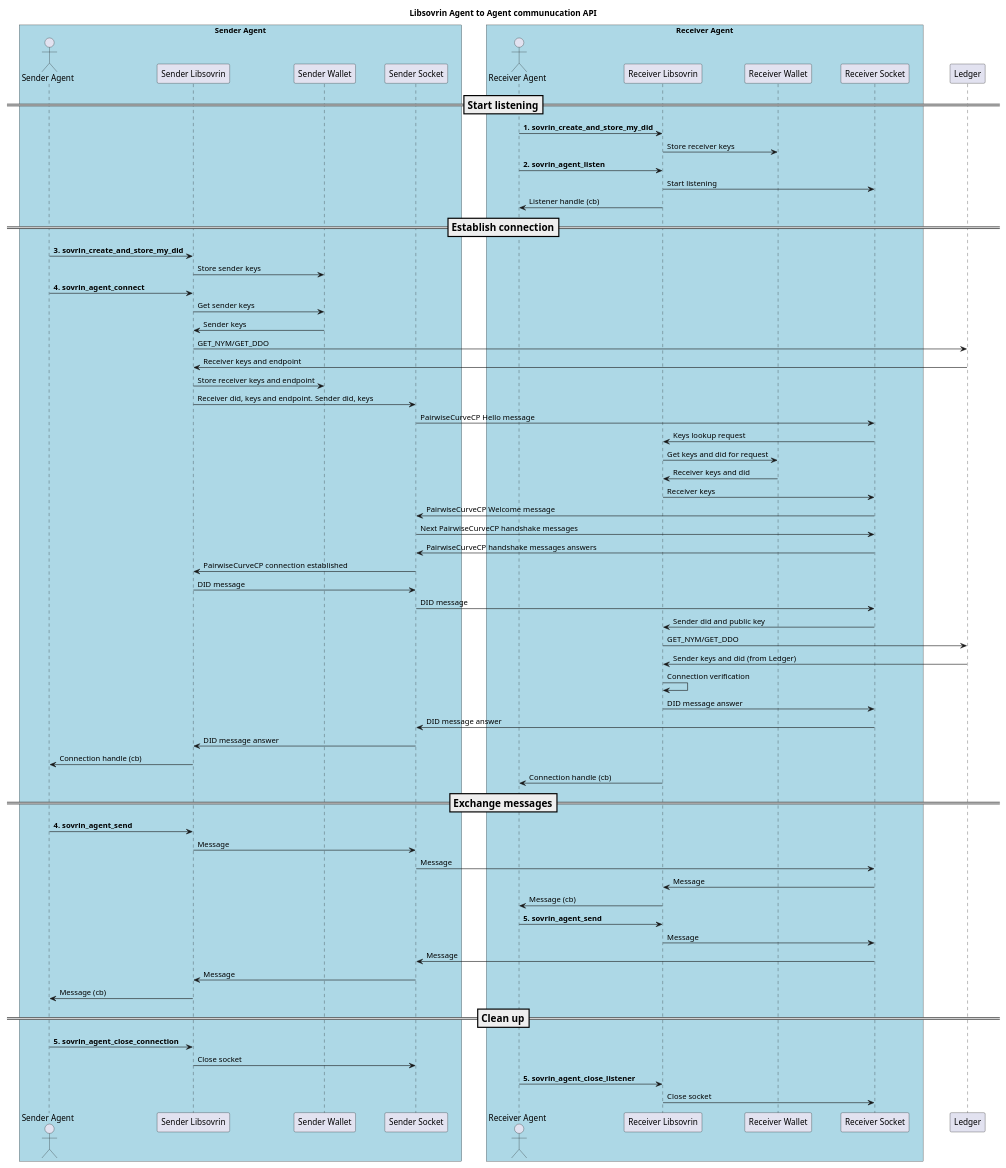
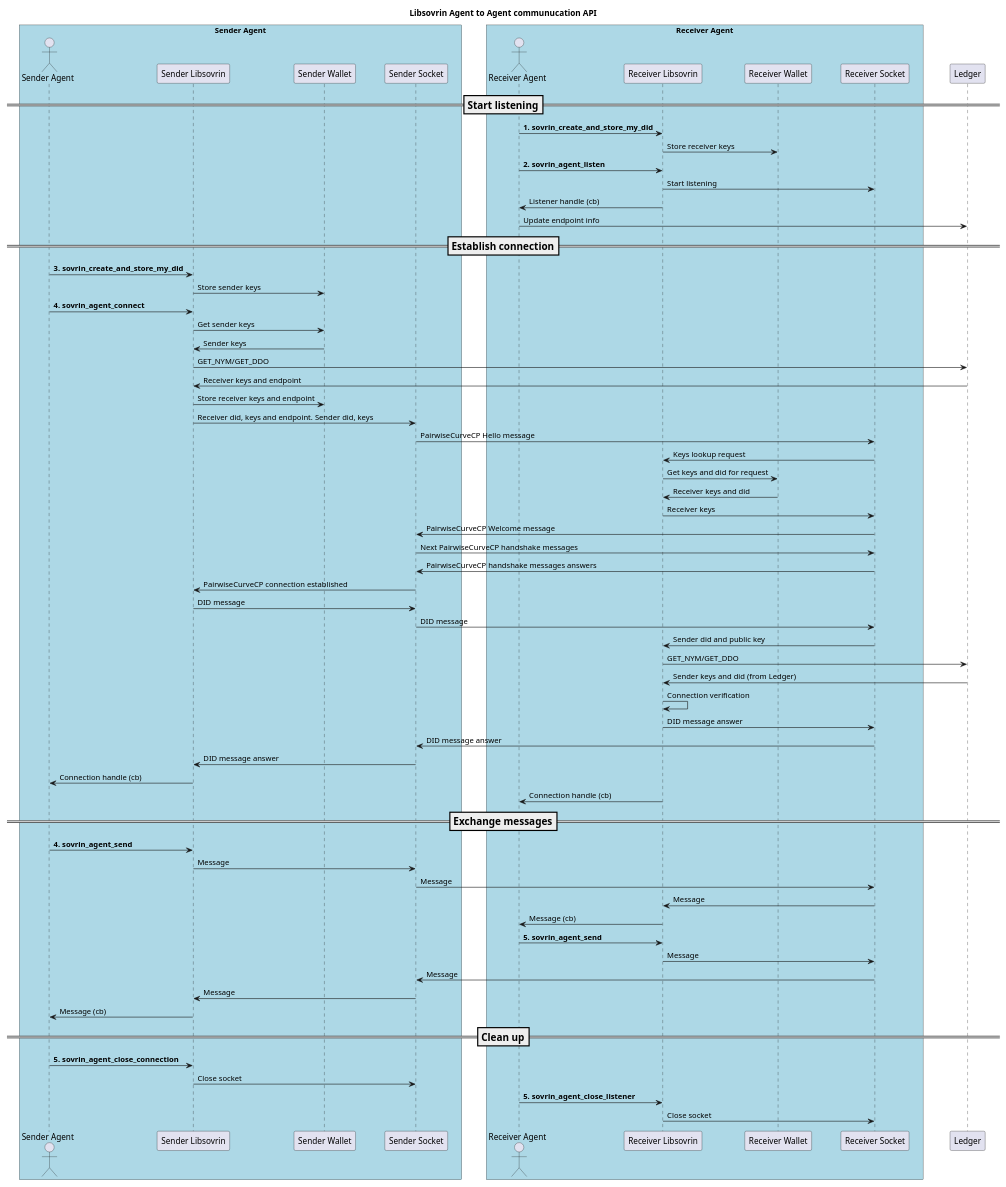
One commit to hyperledger-archives/indy-sdk changed the diagram in doc/libsovrin-agent-2-agent.puml. Above: the diagram before and after it, drawn with PlantUML.

Commit message:
Update agent2agent uml.

```diff
--- a/doc/libsovrin-agent-2-agent.puml
+++ b/doc/libsovrin-agent-2-agent.puml
@@ -1,93 +1,94 @@
 @startuml
 skinparam ParticipantPadding 20
 skinparam BoxPadding 20
 
 title Libsovrin Agent to Agent communucation API
 scale 0.9
 
 box "Sender Agent" #LightBlue
 actor "Sender Agent" as SA
 participant "Sender Libsovrin" as SL
 participant "Sender Wallet" as SW
 participant "Sender Socket" as SS
 endbox
 
 box "Receiver Agent" #LightBlue
 actor "Receiver Agent" as RA
 participant "Receiver Libsovrin" as RL
 participant "Receiver Wallet" as RW
 participant "Receiver Socket" as RS
 endbox
 
 participant "Ledger" as L
 
 === Start listening ==
 
 RA -> RL: <b>1. sovrin_create_and_store_my_did
 RL -> RW: Store receiver keys
 
 RA -> RL: <b>2. sovrin_agent_listen
 RL -> RS: Start listening
 RL -> RA: Listener handle (cb)
+RA -> L: Update endpoint info
 
 === Establish connection ==
 
 SA -> SL: <b>3. sovrin_create_and_store_my_did
 SL -> SW: Store sender keys
 
 SA -> SL: <b>4. sovrin_agent_connect
 SL -> SW: Get sender keys
 SW -> SL: Sender keys
 SL -> L: GET_NYM/GET_DDO
 L -> SL: Receiver keys and endpoint
 SL -> SW: Store receiver keys and endpoint
 
 SL -> SS: Receiver did, keys and endpoint. Sender did, keys
 
 SS -> RS: PairwiseCurveCP Hello message
 RS -> RL: Keys lookup request
 RL -> RW: Get keys and did for request
 RW -> RL: Receiver keys and did
 RL -> RS: Receiver keys
 RS -> SS: PairwiseCurveCP Welcome message
 
 SS -> RS: Next PairwiseCurveCP handshake messages
 RS -> SS: PairwiseCurveCP handshake messages answers
 
 SS -> SL: PairwiseCurveCP connection established
 
 SL -> SS: DID message
 SS -> RS: DID message
 RS -> RL: Sender did and public key
 RL -> L: GET_NYM/GET_DDO
 L -> RL: Sender keys and did (from Ledger)
 RL -> RL: Connection verification
 RL -> RS: DID message answer
 RS -> SS: DID message answer
 SS -> SL: DID message answer
 SL -> SA: Connection handle (cb)
 RL -> RA: Connection handle (cb)
 
 === Exchange messages ==
 
 SA -> SL: <b>4. sovrin_agent_send
 SL -> SS: Message
 SS -> RS: Message
 RS -> RL: Message
 RL -> RA: Message (cb)
 
 RA -> RL: <b>5. sovrin_agent_send
 RL -> RS: Message
 RS -> SS: Message
 SS -> SL: Message
 SL -> SA: Message (cb)
 
 === Clean up ==
 
 SA -> SL:  <b>5. sovrin_agent_close_connection
 SL -> SS: Close socket
 
 RA -> RL: <b>5. sovrin_agent_close_listener
 RL -> RS: Close socket
 
 @enduml
```
